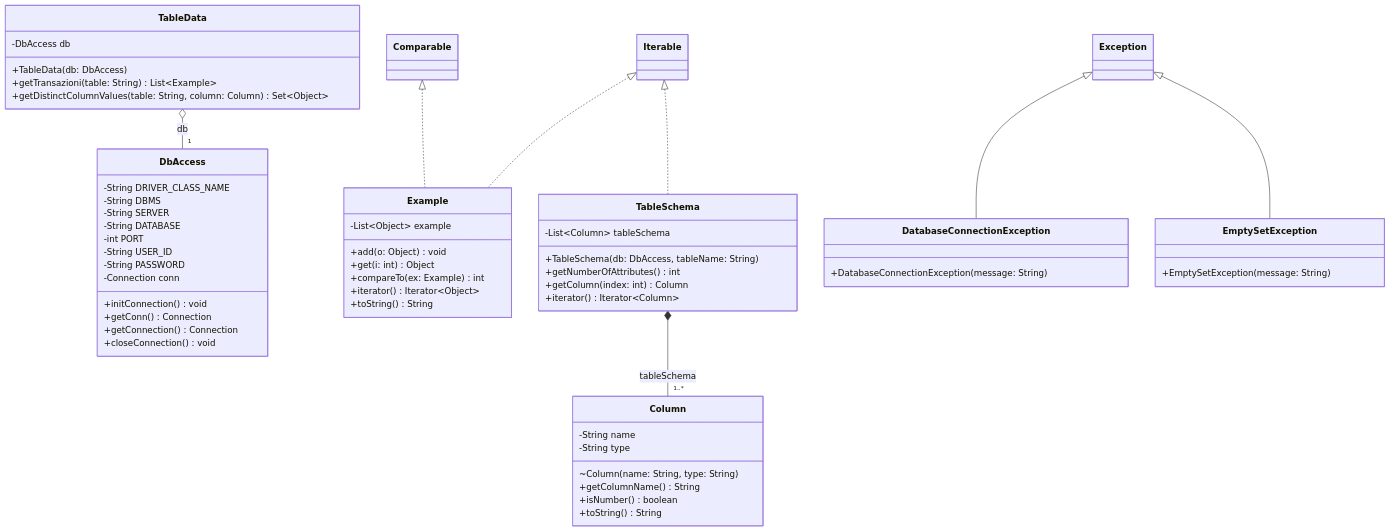
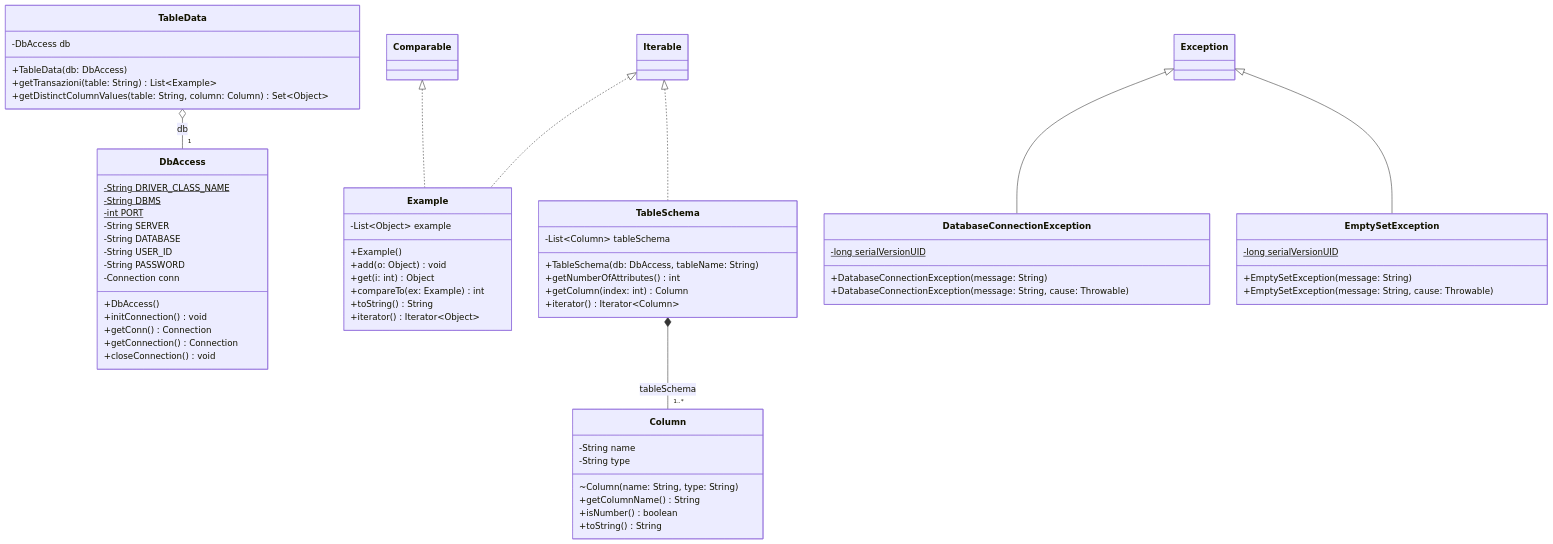
One commit to MarcoDiana/Albero_di_regressione changed the third of 11 diagrams in docs/architettura-uml-oop.md. Above: the diagram before and after it, drawn with Mermaid. The commit also changed other lines of this file and 222 other files, not shown here.

Commit message:
docs: allineamento completo documentazione, diagrammi UML, PDF e javadoc aggregato

````diff
--- a/docs/architettura-uml-oop.md
+++ b/docs/architettura-uml-oop.md
@@ -97,66 +101,72 @@
 ```mermaid
 classDiagram
     class DbAccess {
-        -String DRIVER_CLASS_NAME
-        -String DBMS
+        -String DRIVER_CLASS_NAME$
+        -String DBMS$
+        -int PORT$
         -String SERVER
         -String DATABASE
-        -int PORT
         -String USER_ID
         -String PASSWORD
         -Connection conn
+        +DbAccess()
         +initConnection() void
         +getConn() Connection
         +getConnection() Connection
         +closeConnection() void
     }
 
     class Column {
         -String name
         -String type
         ~Column(name: String, type: String)
         +getColumnName() String
         +isNumber() boolean
         +toString() String
     }
 
     class Example {
         -List~Object~ example
+        +Example()
         +add(o: Object) void
         +get(i: int) Object
         +compareTo(ex: Example) int
+        +toString() String
         +iterator() Iterator~Object~
-        +toString() String
     }
 
     class TableSchema {
         -List~Column~ tableSchema
         +TableSchema(db: DbAccess, tableName: String)
         +getNumberOfAttributes() int
         +getColumn(index: int) Column
         +iterator() Iterator~Column~
     }
 
     class TableData {
         -DbAccess db
         +TableData(db: DbAccess)
         +getTransazioni(table: String) List~Example~
         +getDistinctColumnValues(table: String, column: Column) Set~Object~
     }
 
     class DatabaseConnectionException {
+        -long serialVersionUID$
         +DatabaseConnectionException(message: String)
+        +DatabaseConnectionException(message: String, cause: Throwable)
     }
 
     class EmptySetException {
+        -long serialVersionUID$
         +EmptySetException(message: String)
+        +EmptySetException(message: String, cause: Throwable)
     }
 
     Iterable <|.. Example
     Comparable <|.. Example
     Iterable <|.. TableSchema
     Exception <|-- DatabaseConnectionException
     Exception <|-- EmptySetException
     TableSchema *-- "1..*" Column : tableSchema
     TableData o-- "1" DbAccess : db
 ```
````
